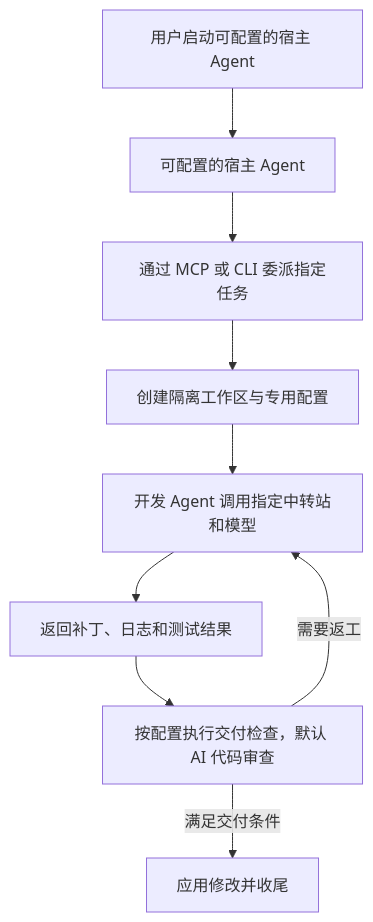
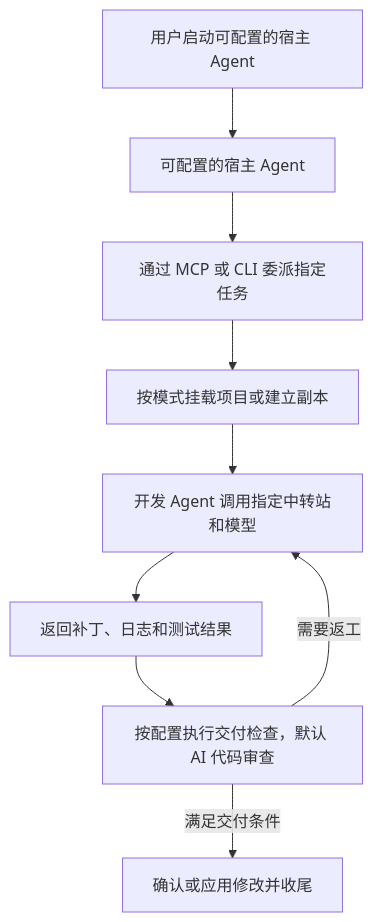
The diagram in README.md (panyanyany/relay-sandbox), drawn with Mermaid before and after one commit. The commit also changed other lines of this file and 33 other files, not shown here.

````diff
--- a/README.md
+++ b/README.md
@@ -37,11 +37,11 @@
 ```mermaid
 flowchart TD
     U[用户启动可配置的宿主 Agent] --> H[可配置的宿主 Agent]
     H --> D[通过 MCP 或 CLI 委派指定任务]
-    D --> S[创建隔离工作区与专用配置]
+    D --> S[按模式挂载项目或建立副本]
     S --> A[开发 Agent 调用指定中转站和模型]
     A --> R[返回补丁、日志和测试结果]
     R --> V[按配置执行交付检查，默认 AI 代码审查]
     V -->|需要返工| A
-    V -->|满足交付条件| F[应用修改并收尾]
+    V -->|满足交付条件| F[确认或应用修改并收尾]
 ```
````
